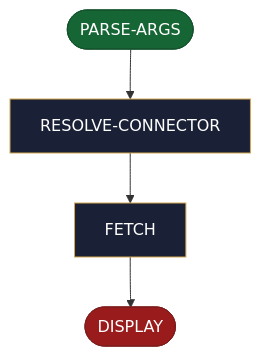
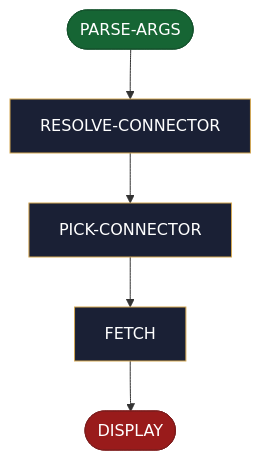
Before and after one commit to AndreVianna/aid-methodology: the diagram in site/src/content/docs/skills/aid-read-ticket.md, drawn with Mermaid. The commit also changed other lines of this file and 23 other files, not shown here.

First line of the commit message:
task-043: fix round (ticket/deploy/monitor ASK on user steps, one advance word per step (PICK-CONNECTOR, FIX-DECISION, RE-VERIFY split out); flow reader accepts State 2a headings; site regenerated)

````diff
--- a/site/src/content/docs/skills/aid-read-ticket.md
+++ b/site/src/content/docs/skills/aid-read-ticket.md
@@ -22,24 +22,28 @@
 ```mermaid
 flowchart TB
   classDef aidNode color:#fff
   classDef aidEntry fill:#166534,stroke:#14532d,color:#fff
   classDef aidExit fill:#991b1b,stroke:#7f1d1d,color:#fff
   classDef aidDecision fill:#92400e,stroke:#78350f,color:#fff
   classDef aidLoopBack fill:#1e3a8a,stroke:#1e3a8a,color:#fff
   classDef aidStep fill:#1a2035,stroke:#d4a853,color:#f1f5f9
   n1(["PARSE-ARGS"])
   n2["RESOLVE-CONNECTOR"]
-  n3["FETCH"]
-  n4(["DISPLAY"])
+  n3["PICK-CONNECTOR"]
+  n4["FETCH"]
+  n5(["DISPLAY"])
   n1 --> n2
   n2 --> n3
   n3 --> n4
+  n4 --> n5
   class n1 aidEntry
   class n2 aidStep
   class n3 aidStep
-  class n4 aidExit
+  class n4 aidStep
+  class n5 aidExit
   class n1 aidNode
   class n2 aidNode
   class n3 aidNode
   class n4 aidNode
+  class n5 aidNode
 ```
````
